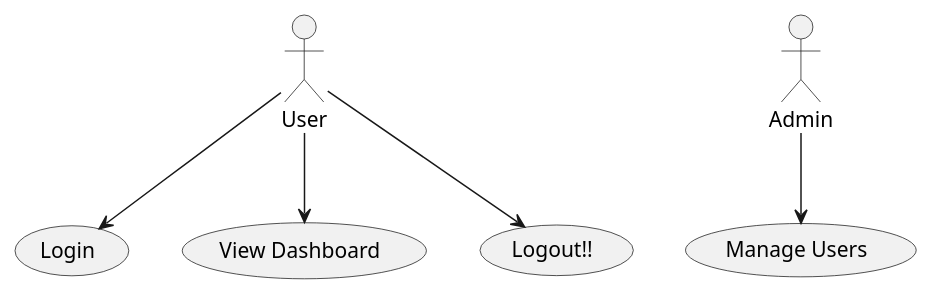
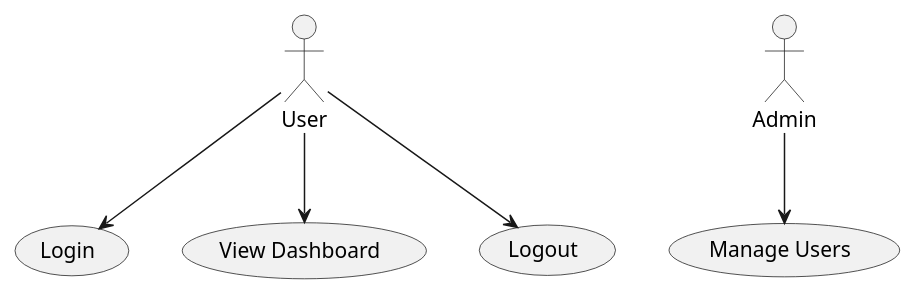
Before and after one commit to softwareDesign24/collaborateUML-ucd: the diagram in use-case.puml, drawn with PlantUML.

```diff
--- a/use-case.puml
+++ b/use-case.puml
@@ -1,6 +1,6 @@
 @startuml
 :User: --> (Login)
 :User: --> (View Dashboard)
-:User: --> (Logout!!)
+:User: --> (Logout)
 :Admin: --> (Manage Users)
 @enduml
```
